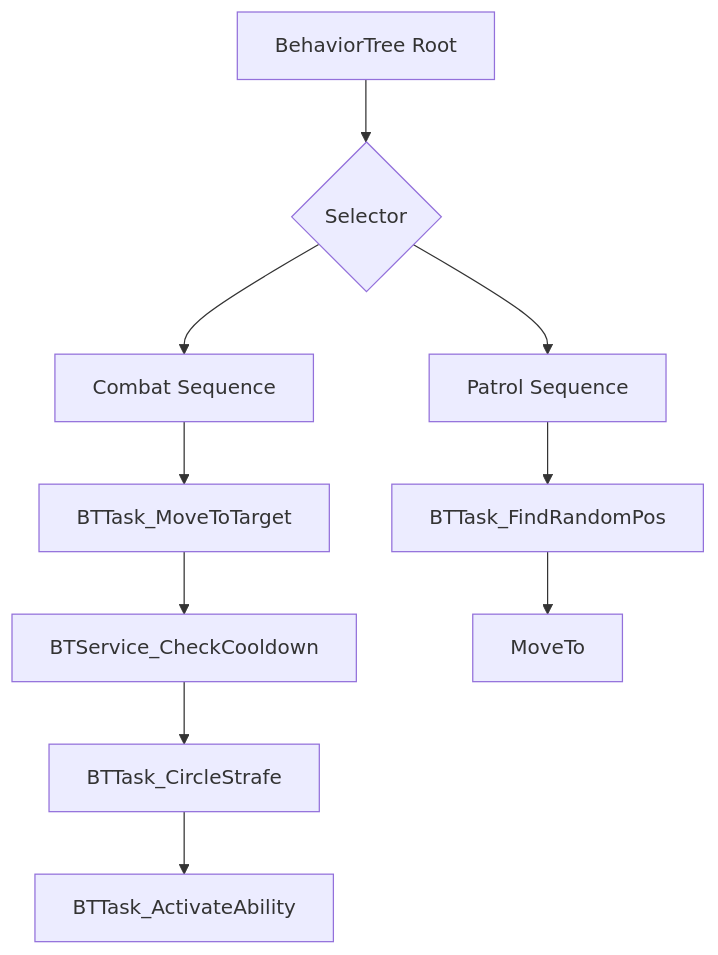
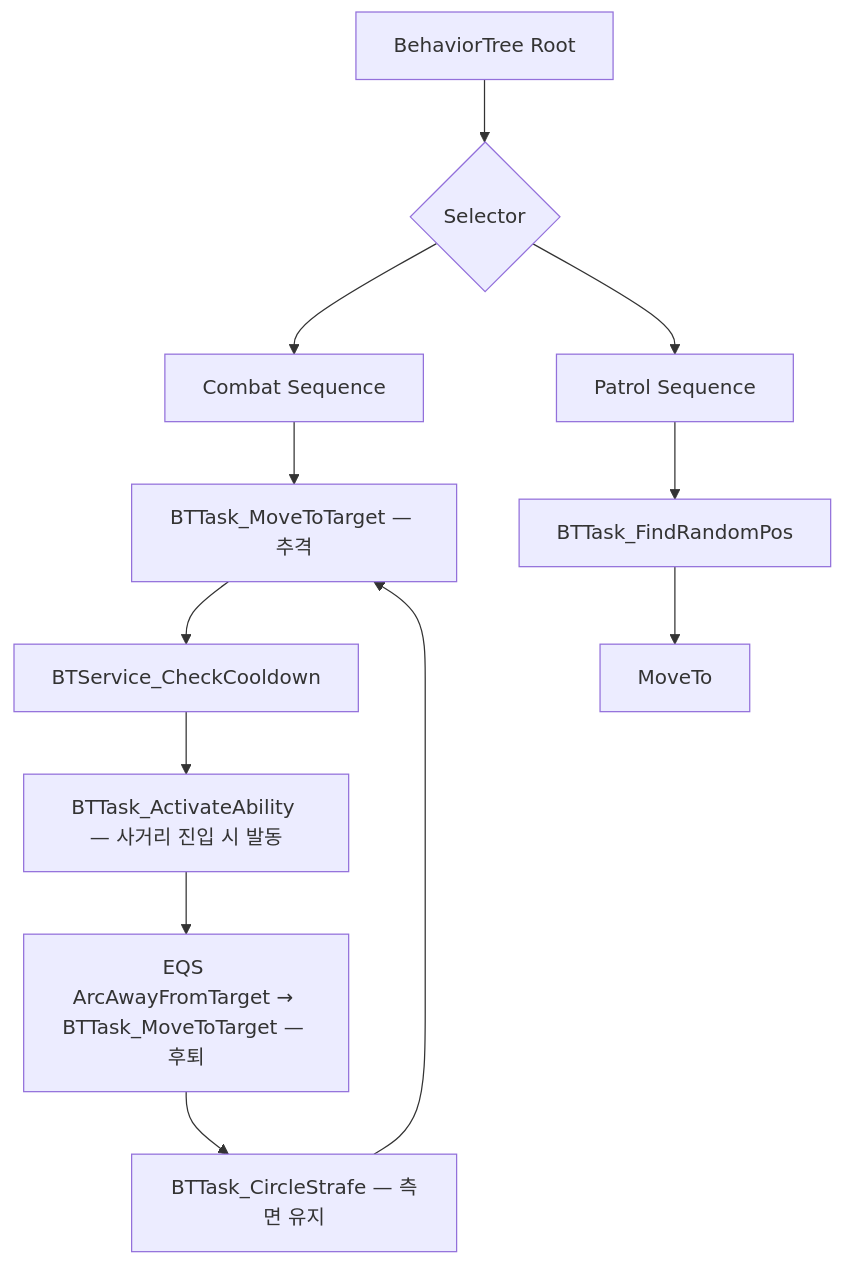
Before and after one commit to chvj7567/UnrealSkillProject: the fourth of 5 diagrams in README.md, drawn with Mermaid. The commit also changed other lines of this file, not shown here.

````diff
--- a/README.md
+++ b/README.md
@@ -383,12 +392,14 @@
 ```mermaid
 flowchart TD
     Root[BehaviorTree Root] --> Sel{Selector}
     Sel --> Combat[Combat Sequence]
     Sel --> Patrol[Patrol Sequence]
-    Combat --> Move[BTTask_MoveToTarget]
-    Move --> CD[BTService_CheckCooldown]
-    CD --> Strafe[BTTask_CircleStrafe]
-    Strafe --> Skill[BTTask_ActivateAbility]
+    Combat --> Chase[BTTask_MoveToTarget — 추격]
+    Chase --> CD[BTService_CheckCooldown]
+    CD --> Skill[BTTask_ActivateAbility — 사거리 진입 시 발동]
+    Skill --> Retreat[EQS ArcAwayFromTarget → BTTask_MoveToTarget — 후퇴]
+    Retreat --> Strafe[BTTask_CircleStrafe — 측면 유지]
+    Strafe --> Chase
     Patrol --> Find[BTTask_FindRandomPos]
     Find --> MoveR[MoveTo]
 ```
````
